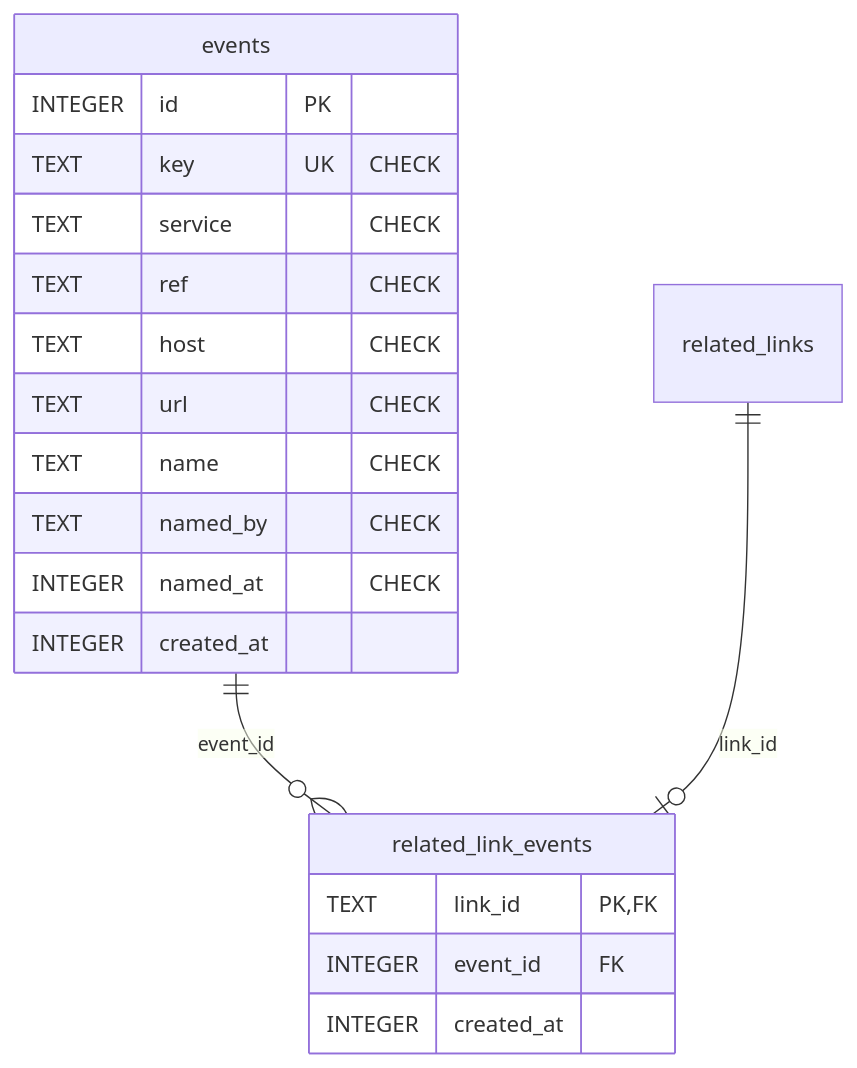
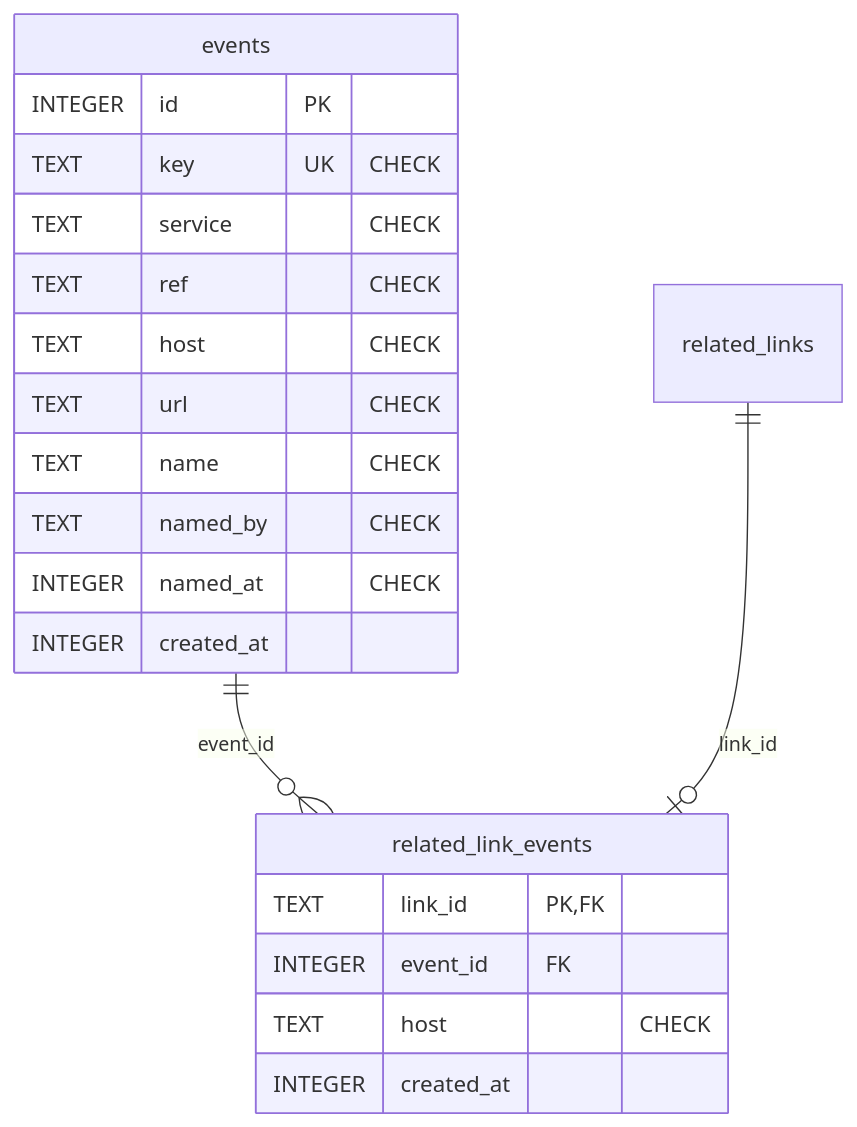
Before and after one commit to piconic-ai/slide: the eighth of 9 diagrams in docs/dev/er-diagram.md, drawn with Mermaid. The commit also changed 5 other files, not shown here.

````diff
--- a/docs/dev/er-diagram.md
+++ b/docs/dev/er-diagram.md
@@ -407,23 +407,24 @@
 ```mermaid
 erDiagram
     events {
         INTEGER id PK
         TEXT key UK "CHECK"
         TEXT service "CHECK"
         TEXT ref "CHECK"
         TEXT host "CHECK"
         TEXT url "CHECK"
         TEXT name "CHECK"
         TEXT named_by "CHECK"
         INTEGER named_at "CHECK"
         INTEGER created_at
     }
     related_link_events {
         TEXT link_id PK, FK
         INTEGER event_id FK
+        TEXT host "CHECK"
         INTEGER created_at
     }
     related_links
     events ||--o{ related_link_events : "event_id"
     related_links ||--o| related_link_events : "link_id"
 ```
````
